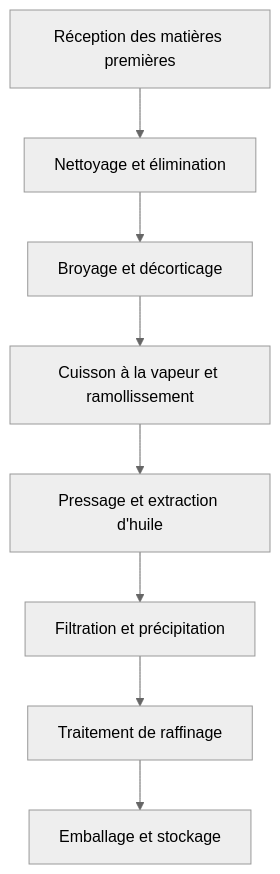
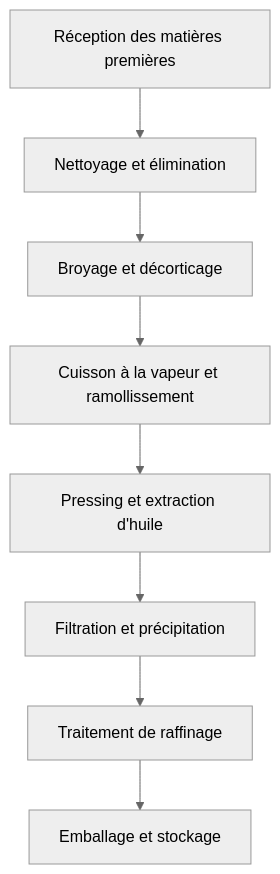
The diagram in docs/fr/solutions/seed-oils.md (roryshanshan/oilpress-website), drawn with Mermaid (neutral theme) before and after one commit. The commit also changed other lines of this file and 80 other files, not shown here.

````diff
--- a/docs/fr/solutions/seed-oils.md
+++ b/docs/fr/solutions/seed-oils.md
@@ -97,10 +97,10 @@
 ```mermaid
 graph TD
     A[Réception des matières premières] --> B[Nettoyage et élimination]
     B --> C[Broyage et décorticage]
     C --> D[Cuisson à la vapeur et ramollissement]
-    D --> E[Pressage et extraction d'huile]
+    D --> E[Pressing et extraction d'huile]
     E --> F[Filtration et précipitation]
     F --> G[Traitement de raffinage]
     G --> H[Emballage et stockage]
 ```
````
